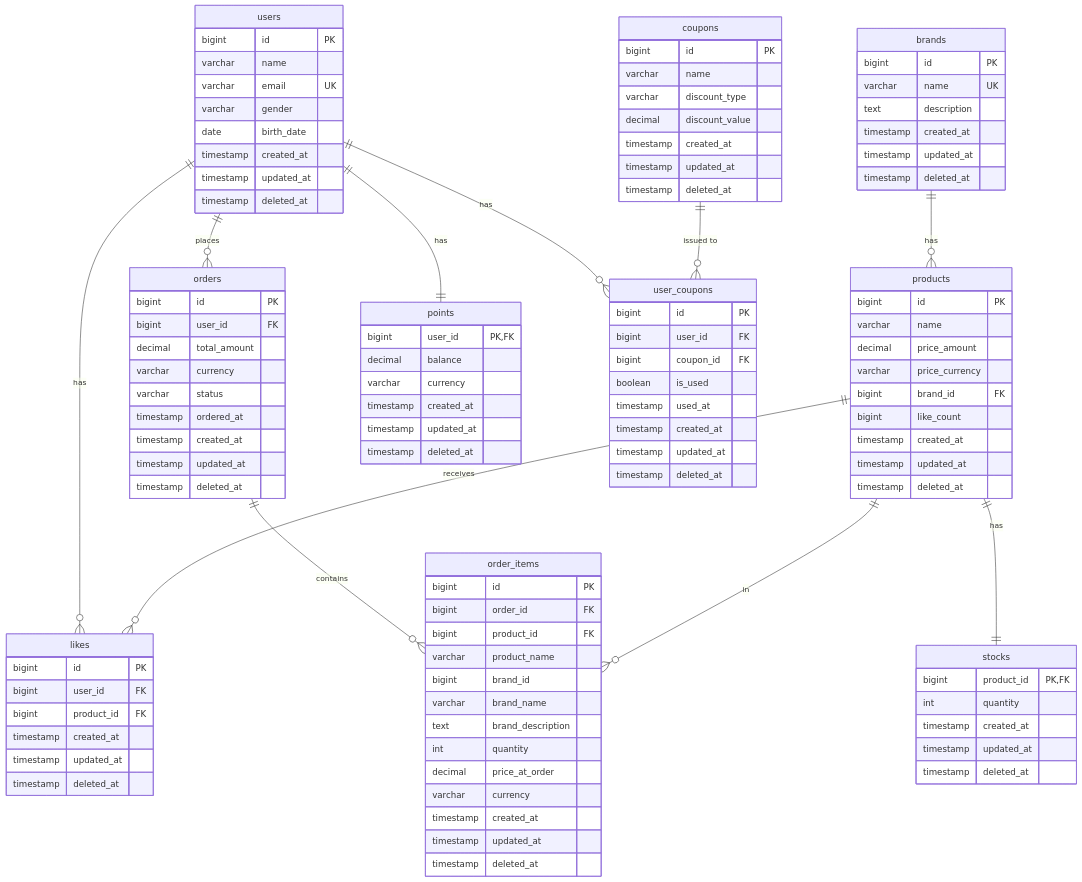
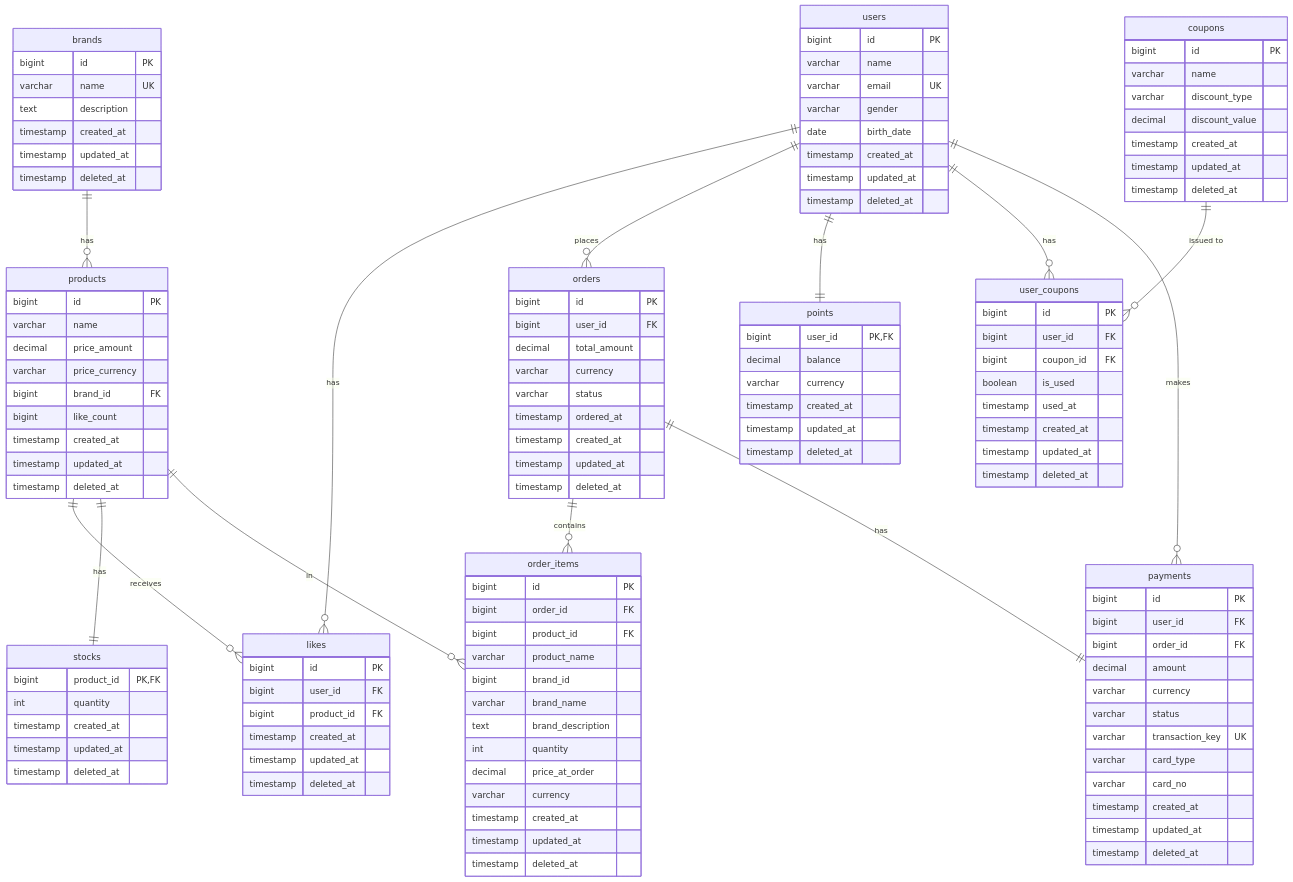
Before and after one commit to ghojeong/loopers-spring-kotlin-template: the diagram in .docs/round2/4-erd.md, drawn with Mermaid. The commit also changed other lines of this file and 4 other files, not shown here.

````diff
--- a/.docs/round2/4-erd.md
+++ b/.docs/round2/4-erd.md
@@ -136,6 +136,21 @@
         timestamp deleted_at
     }
 
+    payments {
+        bigint id PK
+        bigint user_id FK
+        bigint order_id FK
+        decimal amount
+        varchar currency
+        varchar status
+        varchar transaction_key UK
+        varchar card_type
+        varchar card_no
+        timestamp created_at
+        timestamp updated_at
+        timestamp deleted_at
+    }
+
     users ||--o{ likes : "has"
     products ||--o{ likes : "receives"
     brands ||--o{ products : "has"
@@ -146,4 +161,6 @@
     users ||--|| points : "has"
     users ||--o{ user_coupons : "has"
     coupons ||--o{ user_coupons : "issued to"
+    users ||--o{ payments : "makes"
+    orders ||--|| payments : "has"
 ```
````
